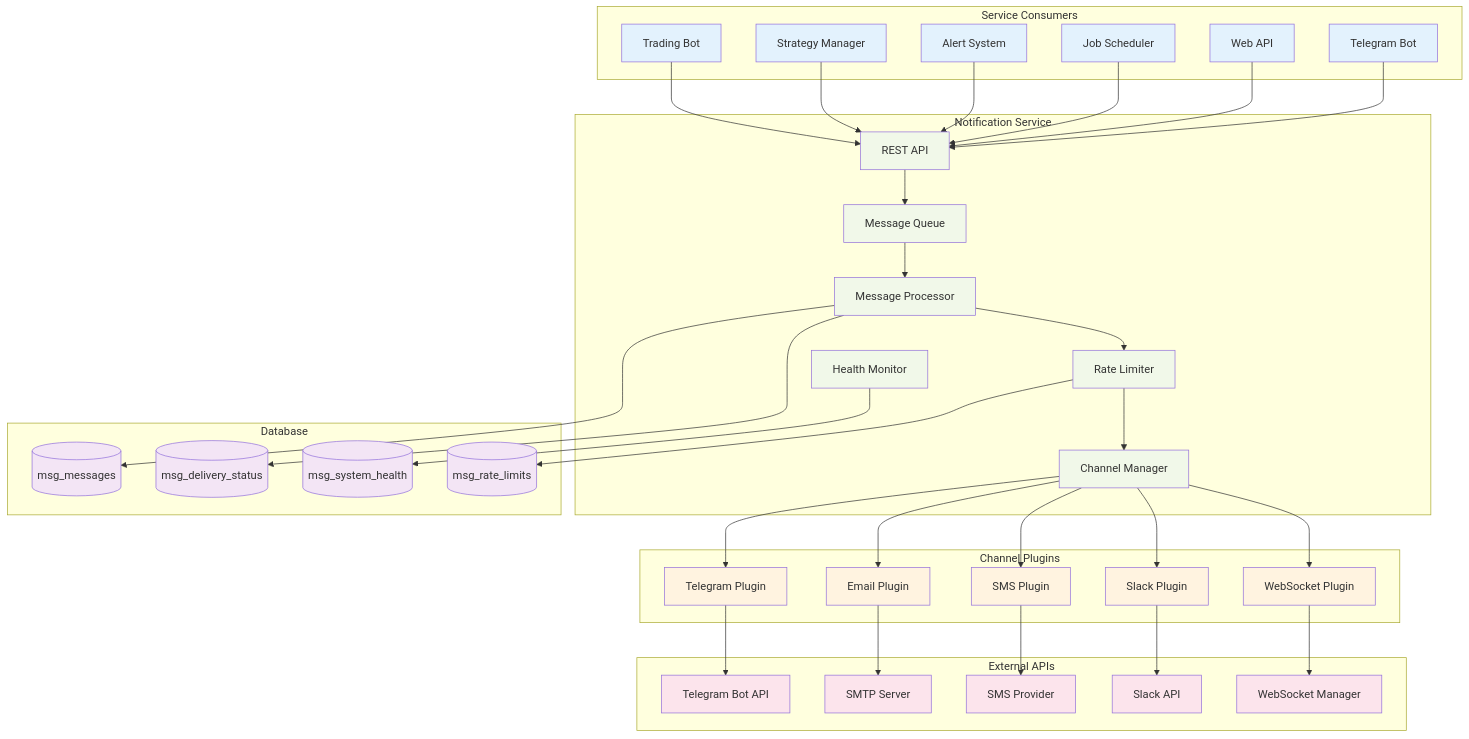
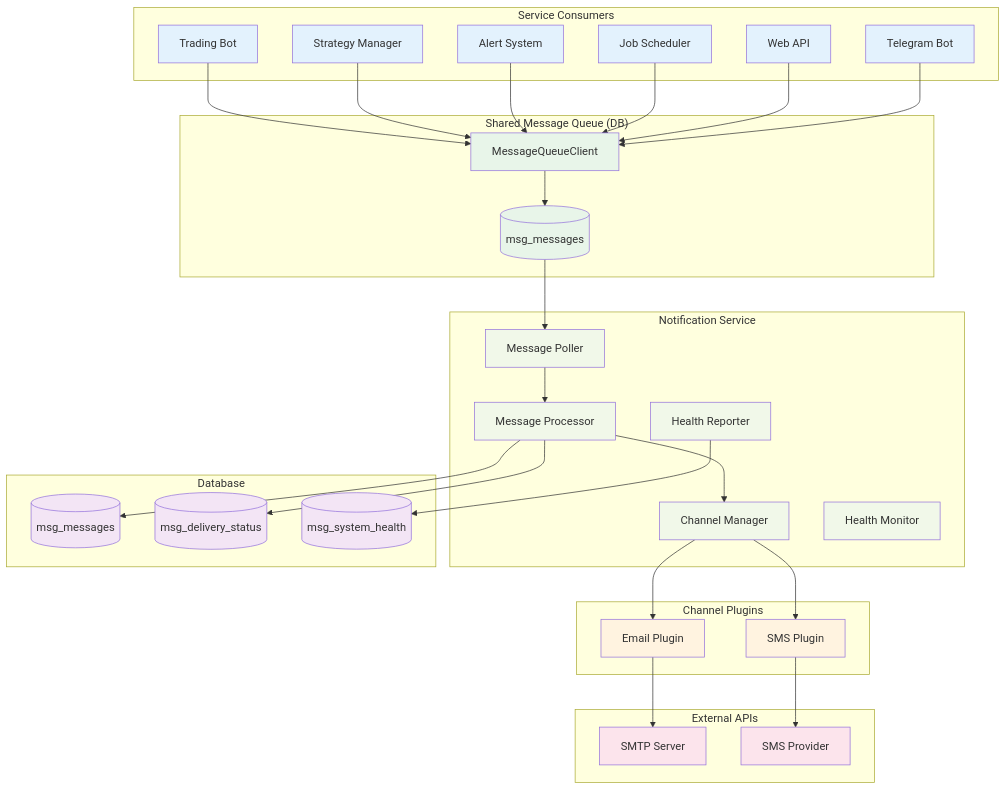
Before and after one commit to iwozere/e-trading: the diagram in docs/HLA/notification-services.md, drawn with Mermaid. The commit also changed other lines of this file and 75 other files, not shown here.

````diff
--- a/docs/HLA/notification-services.md
+++ b/docs/HLA/notification-services.md
@@ -27,76 +27,67 @@
         TelegramBot[Telegram Bot]
     end
 
+    subgraph "Shared Message Queue (DB)"
+        MQC[MessageQueueClient]
+        Messages[(msg_messages)]
+    end
+
     subgraph "Notification Service"
-        API[REST API]
-        MessageQueue[Message Queue]
+        MessagePoller[Message Poller]
         Processor[Message Processor]
-        RateLimiter[Rate Limiter]
         ChannelManager[Channel Manager]
         HealthMonitor[Health Monitor]
+        HealthReporter[Health Reporter]
     end
 
     subgraph "Channel Plugins"
-        TelegramChannel[Telegram Plugin]
         EmailChannel[Email Plugin]
         SMSChannel[SMS Plugin]
-        SlackChannel[Slack Plugin]
-        WebSocketChannel[WebSocket Plugin]
     end
 
     subgraph "External APIs"
-        TelegramAPI[Telegram Bot API]
         SMTPServer[SMTP Server]
         SMSProvider[SMS Provider]
-        SlackAPI[Slack API]
-        WebSocketMgr[WebSocket Manager]
     end
 
     subgraph "Database"
-        Messages[(msg_messages)]
+        Messages2[(msg_messages)]
         DeliveryStatus[(msg_delivery_status)]
         SystemHealth[(msg_system_health)]
-        RateLimits[(msg_rate_limits)]
     end
 
-    TradingBot --> API
-    StrategyMgr --> API
-    AlertSystem --> API
-    JobScheduler --> API
-    WebAPI --> API
-    TelegramBot --> API
+    TradingBot --> MQC
+    StrategyMgr --> MQC
+    AlertSystem --> MQC
+    JobScheduler --> MQC
+    WebAPI --> MQC
+    TelegramBot --> MQC
 
-    API --> MessageQueue
-    MessageQueue --> Processor
-    Processor --> RateLimiter
-    RateLimiter --> ChannelManager
-    ChannelManager --> TelegramChannel
+    MQC --> Messages
+    Messages --> MessagePoller
+    MessagePoller --> Processor
+    Processor --> ChannelManager
     ChannelManager --> EmailChannel
     ChannelManager --> SMSChannel
-    ChannelManager --> SlackChannel
-    ChannelManager --> WebSocketChannel
 
-    TelegramChannel --> TelegramAPI
     EmailChannel --> SMTPServer
     SMSChannel --> SMSProvider
-    SlackChannel --> SlackAPI
-    WebSocketChannel --> WebSocketMgr
 
-    Processor --> Messages
+    Processor --> Messages2
     Processor --> DeliveryStatus
-    HealthMonitor --> SystemHealth
-    RateLimiter --> RateLimits
+    HealthReporter --> SystemHealth
 
-    %% Styling
     classDef sourceLayer fill:#e3f2fd
+    classDef queueLayer fill:#e8f5e9
     classDef serviceLayer fill:#f1f8e9
     classDef pluginLayer fill:#fff3e0
     classDef endpointLayer fill:#fce4ec
     classDef dataLayer fill:#f3e5f5
 
     class TradingBot,StrategyMgr,AlertSystem,JobScheduler,WebAPI,TelegramBot sourceLayer
-    class API,MessageQueue,Processor,RateLimiter,ChannelManager,HealthMonitor serviceLayer
-    class TelegramChannel,EmailChannel,SMSChannel,SlackChannel,WebSocketChannel pluginLayer
-    class TelegramAPI,SMTPServer,SMSProvider,SlackAPI,WebSocketMgr endpointLayer
-    class Messages,DeliveryStatus,SystemHealth,RateLimits dataLayer
+    class MQC,Messages queueLayer
+    class MessagePoller,Processor,ChannelManager,HealthMonitor,HealthReporter serviceLayer
+    class EmailChannel,SMSChannel pluginLayer
+    class SMTPServer,SMSProvider endpointLayer
+    class Messages2,DeliveryStatus,SystemHealth dataLayer
 ```
````
